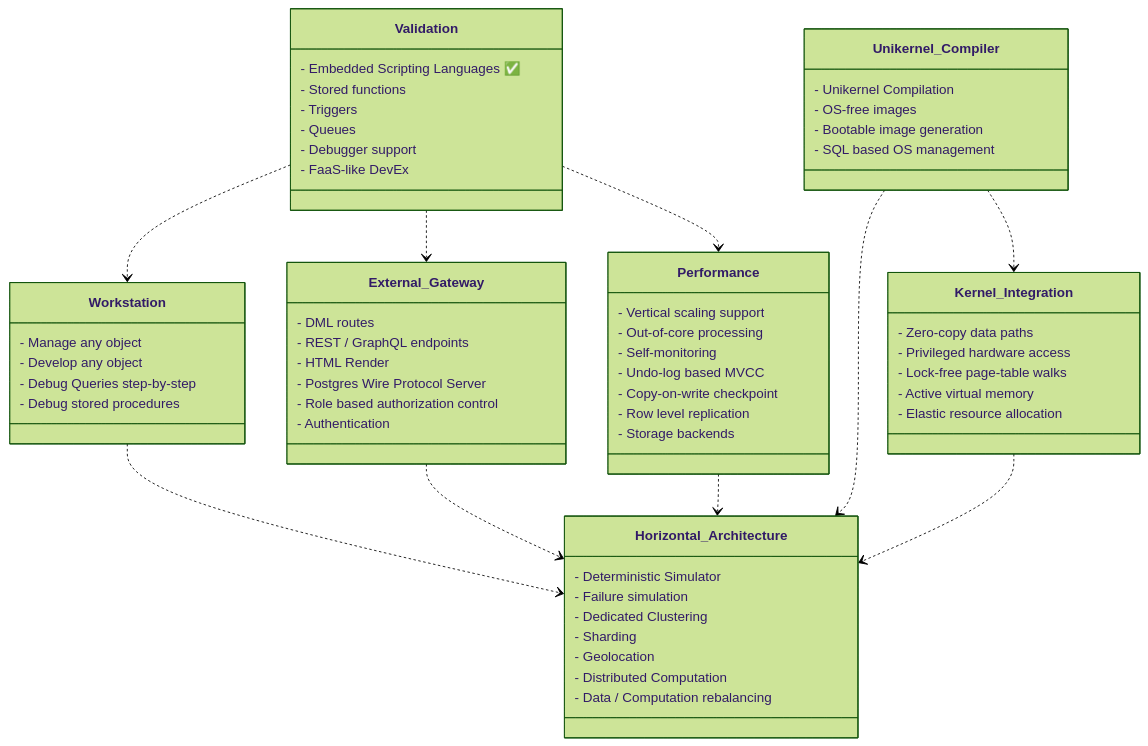
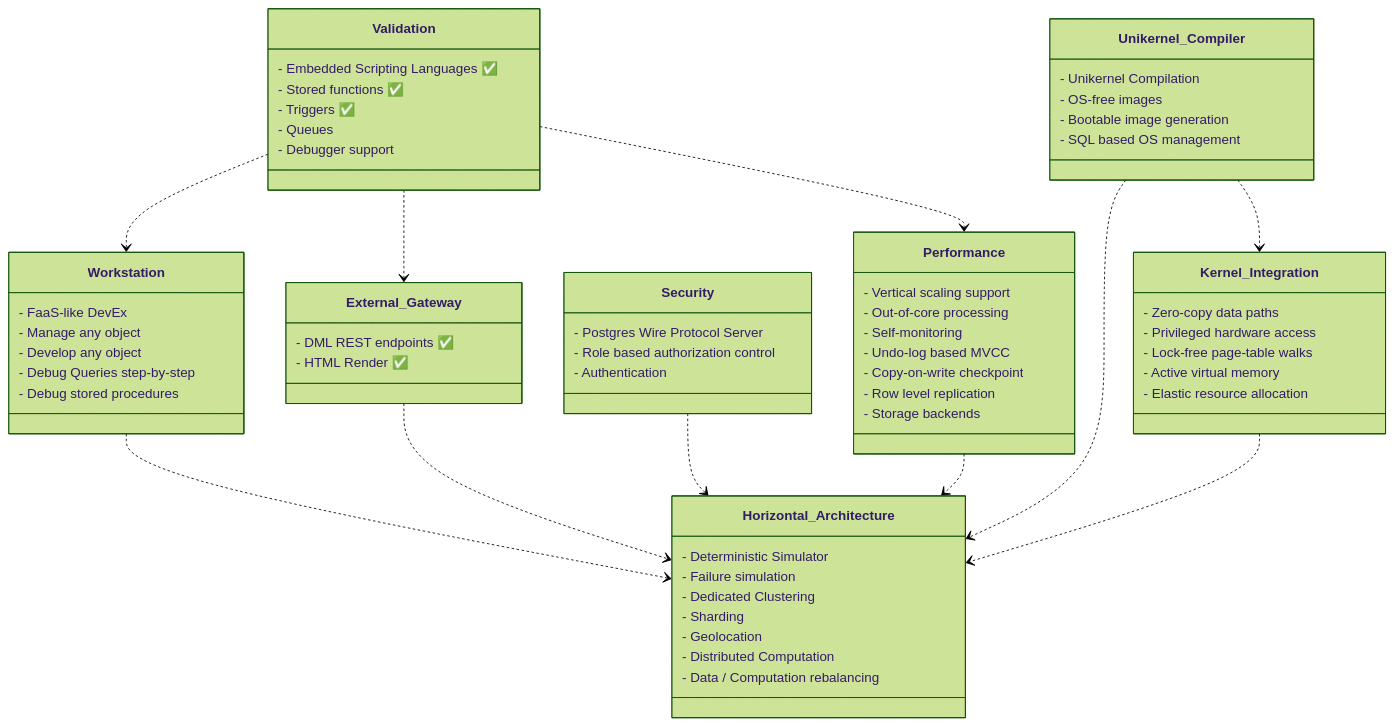
Before and after one commit to oxibase/oxibase: the diagram in docs/_docs/roadmap.md, drawn with Mermaid (forest theme). The commit also changed 55 other files, not shown here.

````diff
--- a/docs/_docs/roadmap.md
+++ b/docs/_docs/roadmap.md
@@ -16,78 +16,79 @@
 ```mermaid
 classDiagram
     %% --- RELATIONSHIPS ---
     %% Use the short class names here, not "Layer.Class"
     Validation ..> External_Gateway
     Validation ..> Workstation
     Validation ..> Performance
 
     Workstation ..> Horizontal_Architecture
     External_Gateway ..> Horizontal_Architecture
+    Security ..> Horizontal_Architecture
     Performance ..> Horizontal_Architecture
     Unikernel_Compiler ..> Horizontal_Architecture
 
     %% --- LAYERS & CLASS DEFINITIONS ---
 
     class Validation {
         - Embedded Scripting Languages ✅
-        - Stored functions
-        - Triggers
+        - Stored functions  ✅
+        - Triggers  ✅
         - Queues
         - Debugger support
-        - FaaS-like DevEx
     }
     class External_Gateway {
-        - DML routes
-        - REST / GraphQL endpoints
-        - HTML Render
+        - DML REST endpoints  ✅
+        - HTML Render  ✅
+    }
+    class Security {
         - Postgres Wire Protocol Server
         - Role based authorization control
         - Authentication
     }
     class Workstation {
-        - Manage any object
-        - Develop any object
+        - FaaS-like DevEx
+          - Manage any object
+          - Develop any object
         - Debug Queries step-by-step
         - Debug stored procedures
-        
     }
 
     class Performance {
         - Vertical scaling support
         - Out-of-core processing
         - Self-monitoring
         - Undo-log based MVCC
         - Copy-on-write checkpoint
         - Row level replication
         - Storage backends
     }
 
     class Horizontal_Architecture {
         - Deterministic Simulator
         - Failure simulation
         - Dedicated Clustering
         - Sharding
         - Geolocation
         - Distributed Computation
         - Data / Computation rebalancing
     }
 
     class Unikernel_Compiler {
         - Unikernel Compilation
         - OS-free images
         - Bootable image generation
         - SQL based OS management
     }
 
     class Kernel_Integration {
         - Zero-copy data paths
         - Privileged hardware access
         - Lock-free page-table walks
         - Active virtual memory
         - Elastic resource allocation
     }
 
     Unikernel_Compiler ..> Kernel_Integration
     Kernel_Integration ..> Horizontal_Architecture
 
 ```
````
